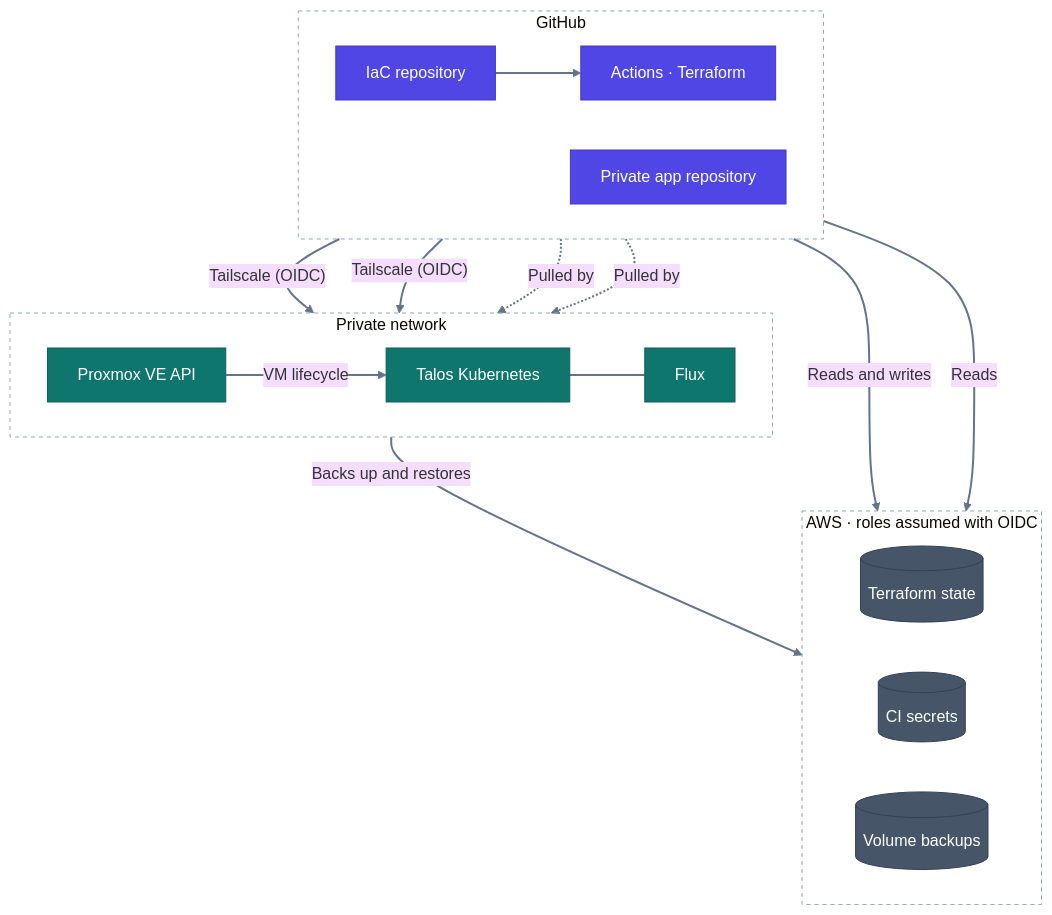
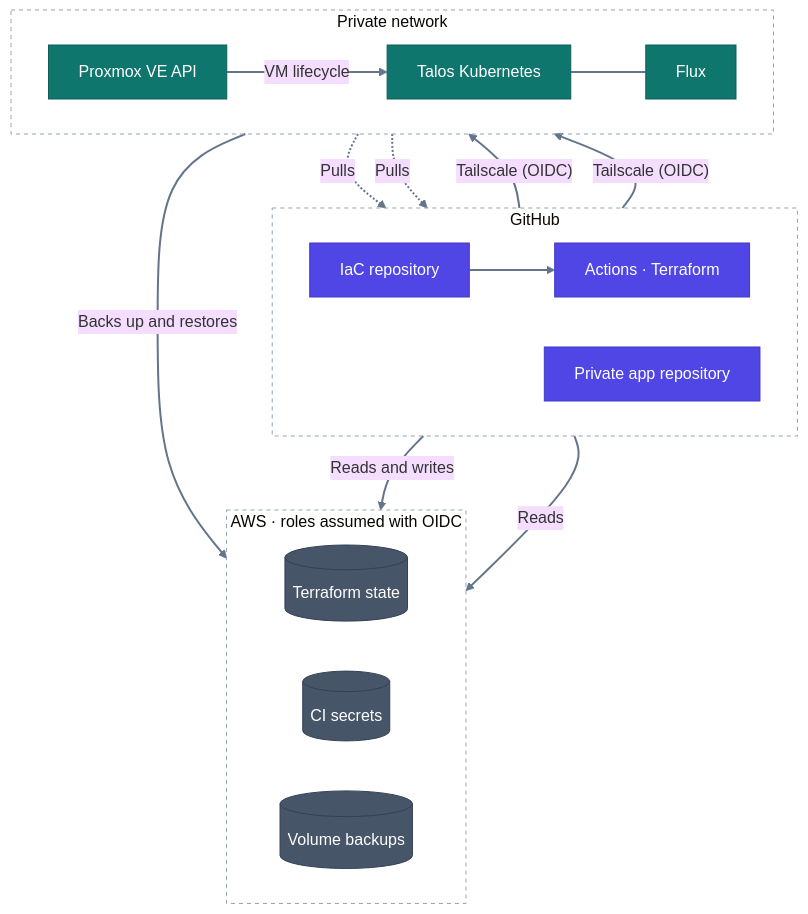
One commit to rauland/iac changed the diagram in README.md. Above: the diagram before and after it, drawn with Mermaid (base theme). The commit also changed other lines of this file, not shown here.

Commit message:
Point every diagram arrow from the side that starts the connection
Flux pulls from both repositories, so its arrows now start at Flux like the
others, and the README states the convention under the diagram.

Claude-Session: https://claude.ai/code/session_01GaWU1W6epJg7bgDswMPmiT

````diff
--- a/README.md
+++ b/README.md
@@ -31,41 +31,41 @@
 ```mermaid
 flowchart TB
     subgraph github["GitHub"]
         direction LR
         repo["IaC repository"] --> actions["Actions · Terraform"]
         apps["Private app repository"]
     end
 
     subgraph homelab["Private network"]
         direction LR
         proxmox["Proxmox VE API"] -->|VM lifecycle| talos["Talos Kubernetes"]
         talos --- flux["Flux"]
     end
 
     subgraph aws["AWS · roles assumed with OIDC"]
         direction LR
         state[("Terraform state")]
         ssm[("CI secrets")]
         backups[("Volume backups")]
     end
 
     actions -->|"Tailscale (OIDC)"| proxmox
     actions -->|"Tailscale (OIDC)"| talos
     actions -->|Reads and writes| state
     actions -->|Reads| ssm
     talos -->|Backs up and restores| backups
-    repo -.->|Pulled by| flux
-    apps -.->|Pulled by| flux
+    flux -.->|Pulls| repo
+    flux -.->|Pulls| apps
 
     classDef source fill:#4F46E5,stroke:#4338CA,color:#FFFFFF
     classDef runtime fill:#0F766E,stroke:#115E59,color:#FFFFFF
     classDef data fill:#475569,stroke:#334155,color:#FFFFFF
     classDef group fill:none,stroke:#94A3B8,stroke-dasharray:4 4
 
     class repo,apps,actions source
     class proxmox,talos,flux runtime
     class state,ssm,backups data
     class github,homelab,aws group
 
     linkStyle default stroke:#64748B,stroke-width:2px
 ```
````
